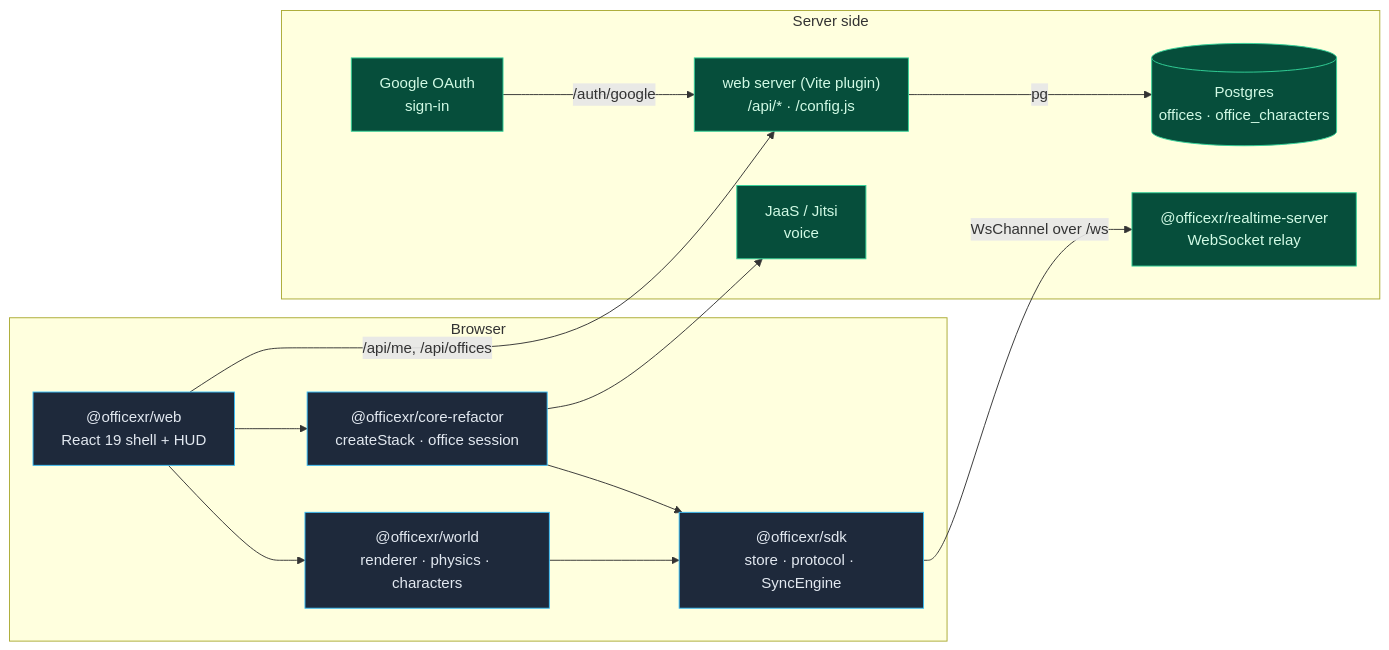
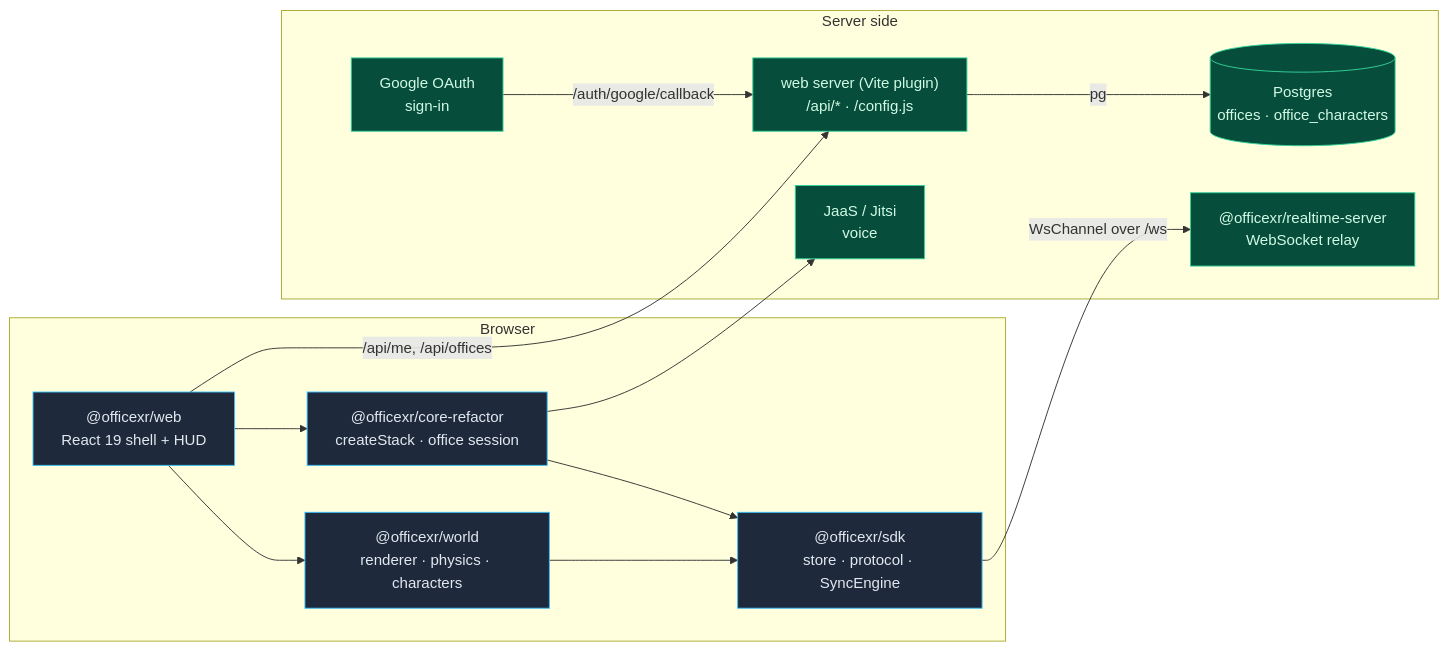
The first of 2 diagrams in ARCHITECTURE.md (ryscheng/officexr), drawn with Mermaid before and after one commit. The commit also changed 7 other files, not shown here.

````diff
--- a/ARCHITECTURE.md
+++ b/ARCHITECTURE.md
@@ -15,33 +15,33 @@
 ```mermaid
 flowchart LR
     subgraph Browser["Browser"]
         WebApp["@officexr/web<br/>React 19 shell + HUD"]
         World["@officexr/world<br/>renderer · physics · characters"]
         Session["@officexr/core-refactor<br/>createStack · office session"]
         SDK["@officexr/sdk<br/>store · protocol · SyncEngine"]
     end
 
     subgraph Server["Server side"]
         Google["Google OAuth<br/>sign-in"]
         WebServer["web server (Vite plugin)<br/>/api/* · /config.js"]
         Realtime["@officexr/realtime-server<br/>WebSocket relay"]
         PG[("Postgres<br/>offices · office_characters")]
         JaaS["JaaS / Jitsi<br/>voice"]
     end
 
     WebApp --> World
     WebApp --> Session
     Session --> SDK
     World --> SDK
 
-    Google -- "/auth/google" --> WebServer
+    Google -- "/auth/google/callback" --> WebServer
     WebApp -- "/api/me, /api/offices" --> WebServer
     WebServer -- "pg" --> PG
     SDK -- "WsChannel over /ws" --> Realtime
     Session --> JaaS
 
     classDef client fill:#1e293b,stroke:#38bdf8,color:#e2e8f0
     classDef svc fill:#064e3b,stroke:#34d399,color:#d1fae5
     class WebApp,World,Session,SDK client
     class Google,WebServer,Realtime,PG,JaaS svc
 ```
````
